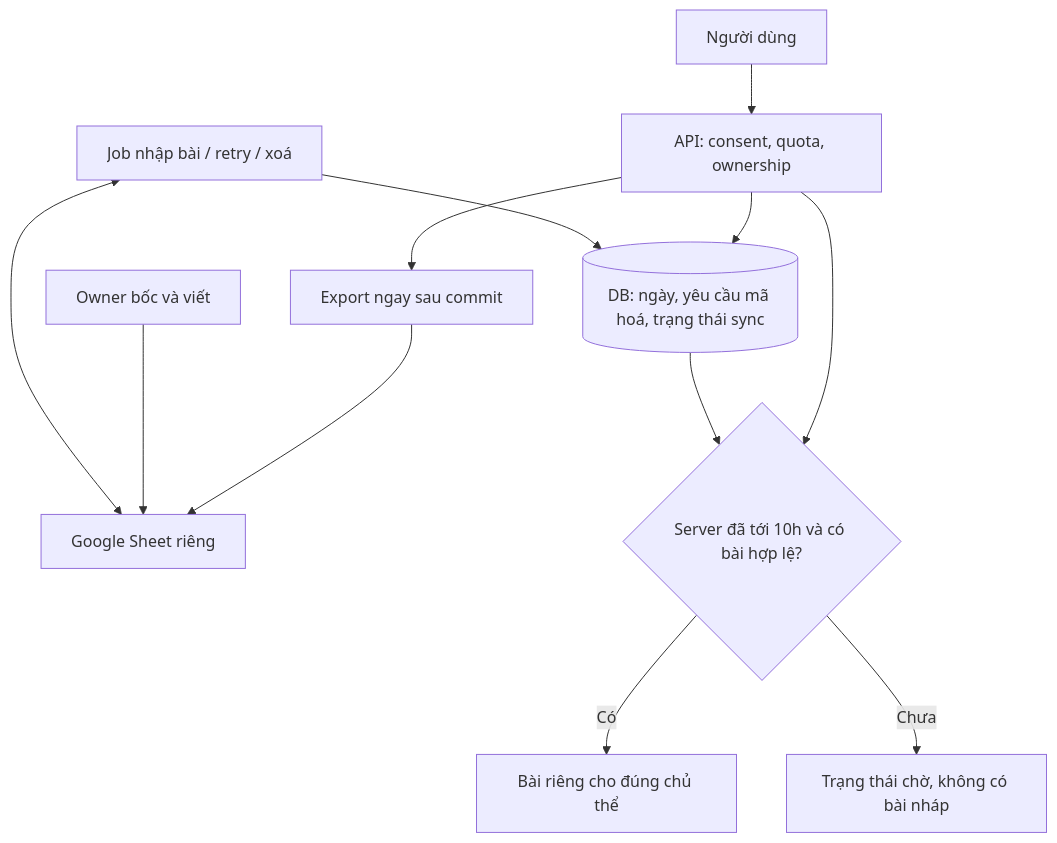
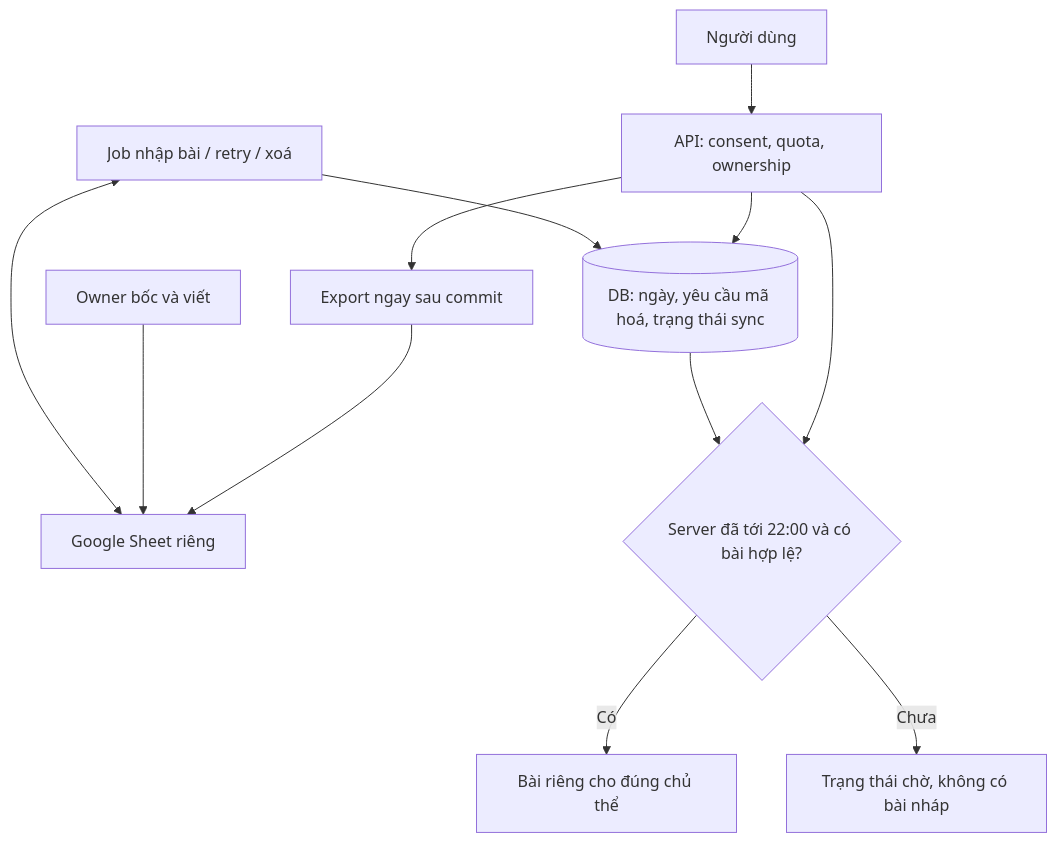
The first of 3 diagrams in docs/plans/2026-10-29-2222-feat-birth-human-tarot-plan.md (honghanh153-creator/la-lanh), drawn with Mermaid before and after one commit. The commit also changed other lines of this file, not shown here.

````diff
--- a/docs/plans/2026-10-29-2222-feat-birth-human-tarot-plan.md
+++ b/docs/plans/2026-10-29-2222-feat-birth-human-tarot-plan.md
@@ -125,14 +127,14 @@
 ```mermaid
 flowchart TB
   User[Người dùng] --> API[API: consent, quota, ownership]
   API --> DB[(DB: ngày, yêu cầu mã hoá, trạng thái sync)]
   API --> Export[Export ngay sau commit]
   Export --> Sheet[Google Sheet riêng]
   Owner[Owner bốc và viết] --> Sheet
   Sync[Job nhập bài / retry / xoá] <--> Sheet
   Sync --> DB
-  API --> Time{Server đã tới 10h và có bài hợp lệ?}
+  API --> Time{Server đã tới 22:00 và có bài hợp lệ?}
   DB --> Time
   Time -->|Có| Result[Bài riêng cho đúng chủ thể]
   Time -->|Chưa| Waiting[Trạng thái chờ, không có bài nháp]
 ```
````
